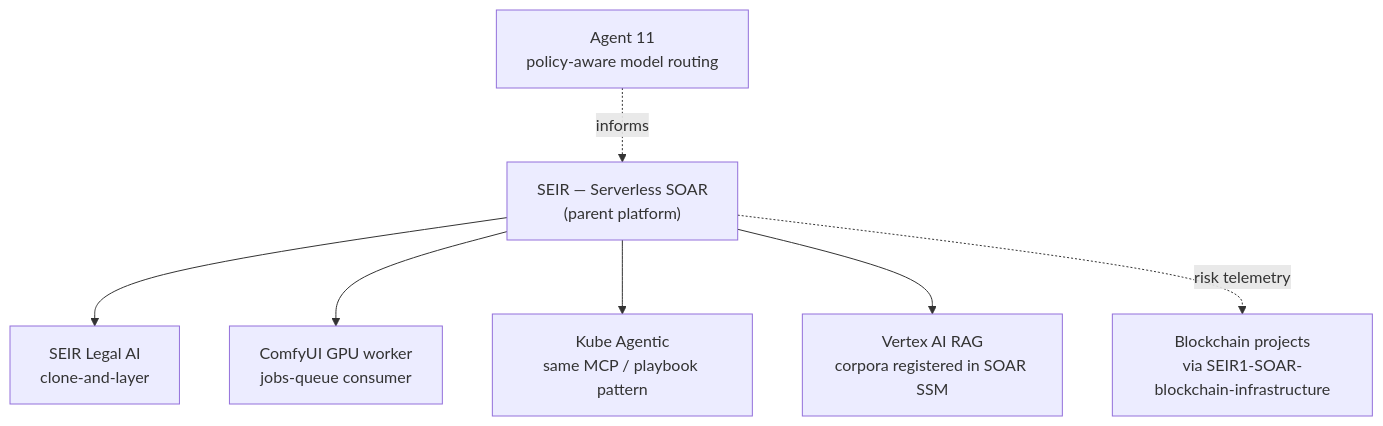
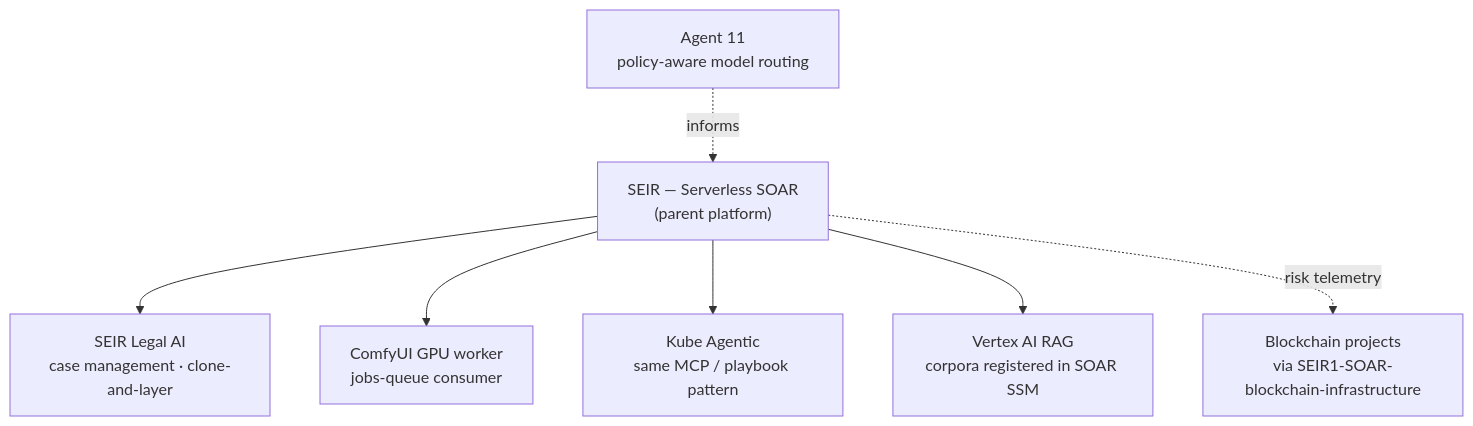
Before and after one commit to jastek69/jastek69: the diagram in cloud-architecture-portfolio/README.md, drawn with Mermaid. The commit also changed other lines of this file and 12 other files, not shown here.

First line of the commit message:
Legal Case Management AI Platform; remove duplicate and unlinked files

````diff
--- a/cloud-architecture-portfolio/README.md
+++ b/cloud-architecture-portfolio/README.md
@@ -50,10 +50,10 @@
 ```mermaid
 flowchart TD
     SOAR["SEIR — Serverless SOAR<br/>(parent platform)"]
-    SOAR --> LEGAL["SEIR Legal AI<br/>clone-and-layer"]
+    SOAR --> LEGAL["SEIR Legal AI<br/>case management · clone-and-layer"]
     SOAR --> COMFY["ComfyUI GPU worker<br/>jobs-queue consumer"]
     SOAR --> KUBE["Kube Agentic<br/>same MCP / playbook pattern"]
     SOAR --> VERTEX["Vertex AI RAG<br/>corpora registered in SOAR SSM"]
     SOAR -. risk telemetry .-> CHAIN["Blockchain projects<br/>via SEIR1-SOAR-blockchain-infrastructure"]
     A11["Agent 11<br/>policy-aware model routing"] -. informs .-> SOAR
 ```
````
